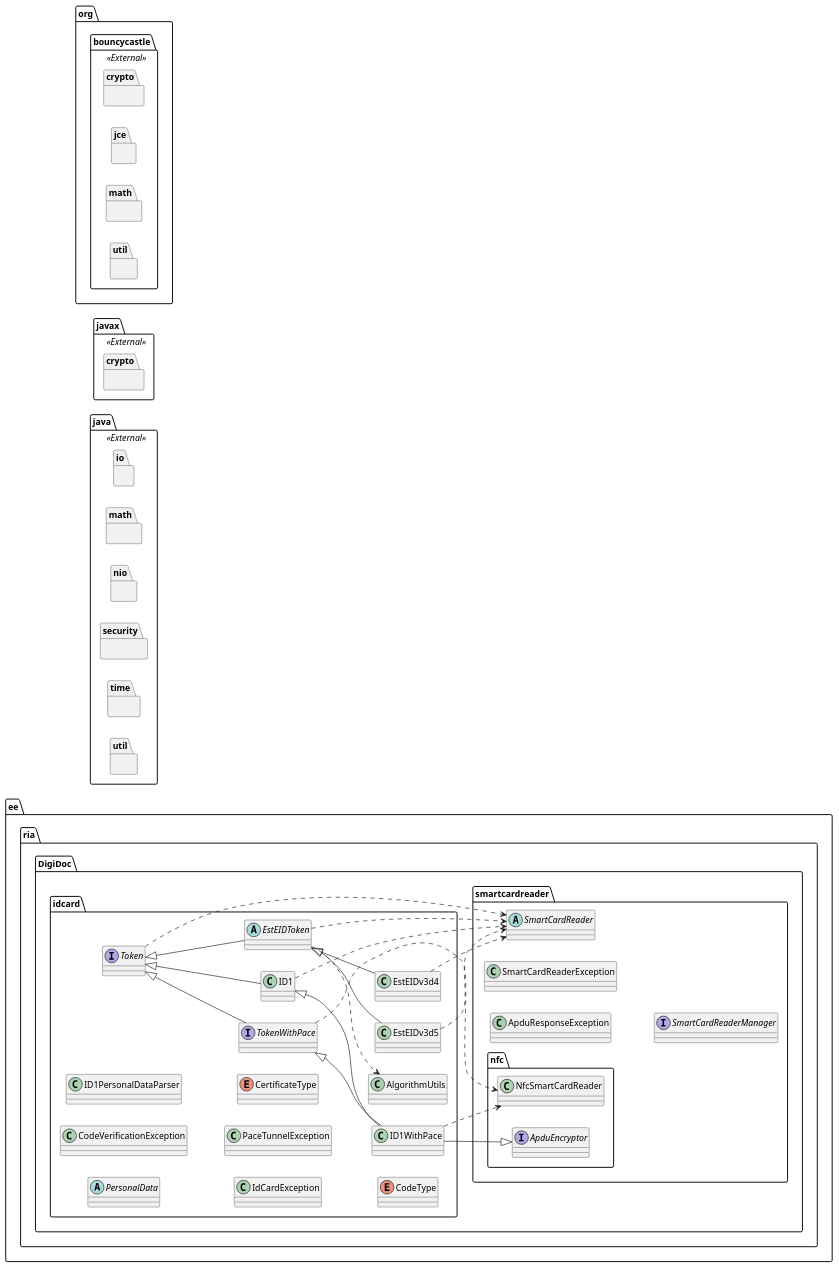
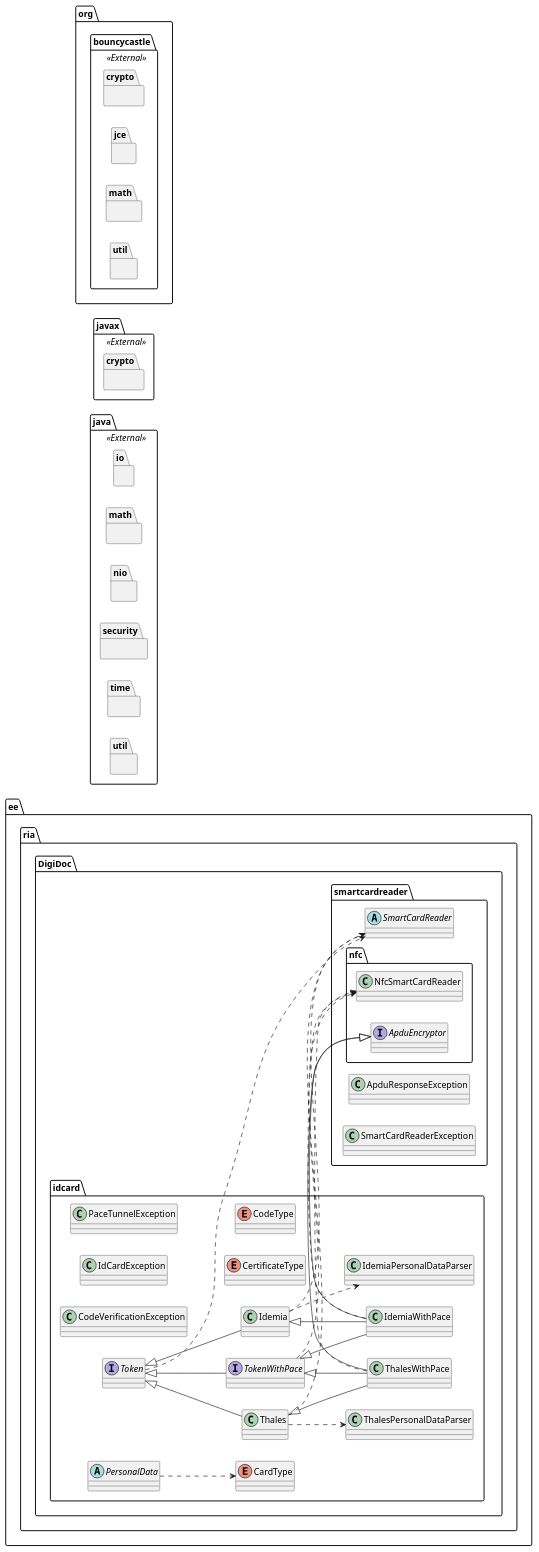
The diagram in doc/model/id-card.puml (open-eid/nfc-Android-lib), drawn with PlantUML before and after one commit. The commit also changed 20 other files, not shown here.

Commit message:
Remove ID-card reader support

```diff
--- a/doc/model/id-card.puml
+++ b/doc/model/id-card.puml
@@ -1,66 +1,67 @@
 @startuml
 
 left to right direction
 
-abstract class ee.ria.DigiDoc.idcard.EstEIDToken
 abstract class ee.ria.DigiDoc.idcard.PersonalData
 abstract class ee.ria.DigiDoc.smartcardreader.SmartCardReader
-class ee.ria.DigiDoc.idcard.AlgorithmUtils
 class ee.ria.DigiDoc.idcard.CodeVerificationException
-class ee.ria.DigiDoc.idcard.EstEIDv3d4
-class ee.ria.DigiDoc.idcard.EstEIDv3d5
-class ee.ria.DigiDoc.idcard.ID1
-class ee.ria.DigiDoc.idcard.ID1PersonalDataParser
-class ee.ria.DigiDoc.idcard.ID1WithPace
 class ee.ria.DigiDoc.idcard.IdCardException
+class ee.ria.DigiDoc.idcard.Idemia
+class ee.ria.DigiDoc.idcard.IdemiaPersonalDataParser
+class ee.ria.DigiDoc.idcard.IdemiaWithPace
 class ee.ria.DigiDoc.idcard.PaceTunnelException
+class ee.ria.DigiDoc.idcard.Thales
+class ee.ria.DigiDoc.idcard.ThalesPersonalDataParser
+class ee.ria.DigiDoc.idcard.ThalesWithPace
 class ee.ria.DigiDoc.smartcardreader.ApduResponseException
 class ee.ria.DigiDoc.smartcardreader.SmartCardReaderException
 class ee.ria.DigiDoc.smartcardreader.nfc.NfcSmartCardReader
 
 
 package "java" as java <<External>>{
   package io {}
   package math {}
   package nio {}
   package security {}
   package time {}
   package util {}
 }
 
 package "javax" as javax <<External>> {
   package crypto {}
 }
 
 package org.bouncycastle <<External>> {
   package crypto {}
   package jce {}
   package math {}
   package util {}
 }
 
+enum ee.ria.DigiDoc.idcard.CardType
 enum ee.ria.DigiDoc.idcard.CertificateType
 enum ee.ria.DigiDoc.idcard.CodeType
 interface ee.ria.DigiDoc.idcard.Token
 interface ee.ria.DigiDoc.idcard.TokenWithPace
-interface ee.ria.DigiDoc.smartcardreader.SmartCardReaderManager
 interface ee.ria.DigiDoc.smartcardreader.nfc.ApduEncryptor
 
 
-ee.ria.DigiDoc.idcard.EstEIDToken ..> ee.ria.DigiDoc.smartcardreader.SmartCardReader
-ee.ria.DigiDoc.idcard.EstEIDToken ..> ee.ria.DigiDoc.idcard.AlgorithmUtils
-ee.ria.DigiDoc.idcard.EstEIDToken -up-|> ee.ria.DigiDoc.idcard.Token
-ee.ria.DigiDoc.idcard.EstEIDv3d4 -up-|> ee.ria.DigiDoc.idcard.EstEIDToken
-ee.ria.DigiDoc.idcard.EstEIDv3d4 ..> ee.ria.DigiDoc.smartcardreader.SmartCardReader
-ee.ria.DigiDoc.idcard.EstEIDv3d5 -up-|> ee.ria.DigiDoc.idcard.EstEIDToken
-ee.ria.DigiDoc.idcard.EstEIDv3d5 ..> ee.ria.DigiDoc.smartcardreader.SmartCardReader
-ee.ria.DigiDoc.idcard.ID1 ..> ee.ria.DigiDoc.smartcardreader.SmartCardReader
-ee.ria.DigiDoc.idcard.ID1 -up-|> ee.ria.DigiDoc.idcard.Token
-ee.ria.DigiDoc.idcard.ID1WithPace -up-|> ee.ria.DigiDoc.idcard.ID1
-ee.ria.DigiDoc.idcard.ID1WithPace ..> ee.ria.DigiDoc.smartcardreader.nfc.NfcSmartCardReader
-ee.ria.DigiDoc.idcard.ID1WithPace -up-|> ee.ria.DigiDoc.idcard.TokenWithPace
-ee.ria.DigiDoc.idcard.ID1WithPace -up-|> ee.ria.DigiDoc.smartcardreader.nfc.ApduEncryptor
+ee.ria.DigiDoc.idcard.Thales -up-|> ee.ria.DigiDoc.idcard.Token
+ee.ria.DigiDoc.idcard.Thales ..> ee.ria.DigiDoc.smartcardreader.SmartCardReader
+ee.ria.DigiDoc.idcard.Thales ..> ee.ria.DigiDoc.idcard.ThalesPersonalDataParser
+ee.ria.DigiDoc.idcard.ThalesWithPace -up-|> ee.ria.DigiDoc.idcard.Thales
+ee.ria.DigiDoc.idcard.ThalesWithPace -up-|> ee.ria.DigiDoc.idcard.TokenWithPace
+ee.ria.DigiDoc.idcard.ThalesWithPace -up-|> ee.ria.DigiDoc.smartcardreader.nfc.ApduEncryptor
+ee.ria.DigiDoc.idcard.ThalesWithPace ..> ee.ria.DigiDoc.smartcardreader.nfc.NfcSmartCardReader
+ee.ria.DigiDoc.idcard.Idemia -up-|> ee.ria.DigiDoc.idcard.Token
+ee.ria.DigiDoc.idcard.Idemia ..> ee.ria.DigiDoc.smartcardreader.SmartCardReader
+ee.ria.DigiDoc.idcard.Idemia ..> ee.ria.DigiDoc.idcard.IdemiaPersonalDataParser
+ee.ria.DigiDoc.idcard.IdemiaWithPace -up-|> ee.ria.DigiDoc.idcard.Idemia
+ee.ria.DigiDoc.idcard.IdemiaWithPace -up-|> ee.ria.DigiDoc.idcard.TokenWithPace
+ee.ria.DigiDoc.idcard.IdemiaWithPace -up-|> ee.ria.DigiDoc.smartcardreader.nfc.ApduEncryptor
+ee.ria.DigiDoc.idcard.IdemiaWithPace ..> ee.ria.DigiDoc.smartcardreader.nfc.NfcSmartCardReader
 ee.ria.DigiDoc.idcard.Token ..> ee.ria.DigiDoc.smartcardreader.SmartCardReader
 ee.ria.DigiDoc.idcard.TokenWithPace ..> ee.ria.DigiDoc.smartcardreader.nfc.NfcSmartCardReader
 ee.ria.DigiDoc.idcard.TokenWithPace -up-|> ee.ria.DigiDoc.idcard.Token
+ee.ria.DigiDoc.idcard.PersonalData ..> ee.ria.DigiDoc.idcard.CardType
 @enduml
```
